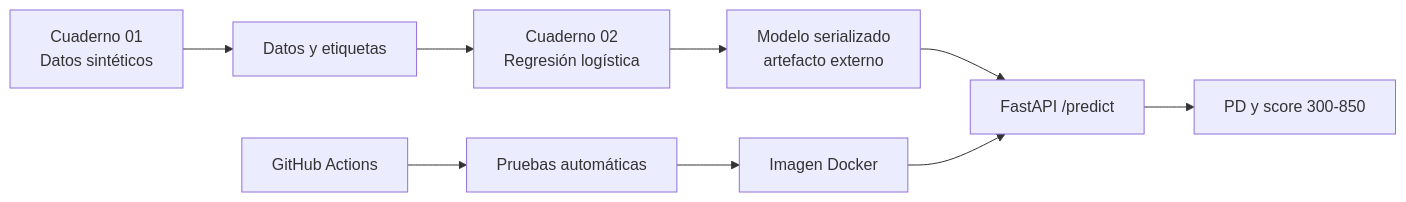
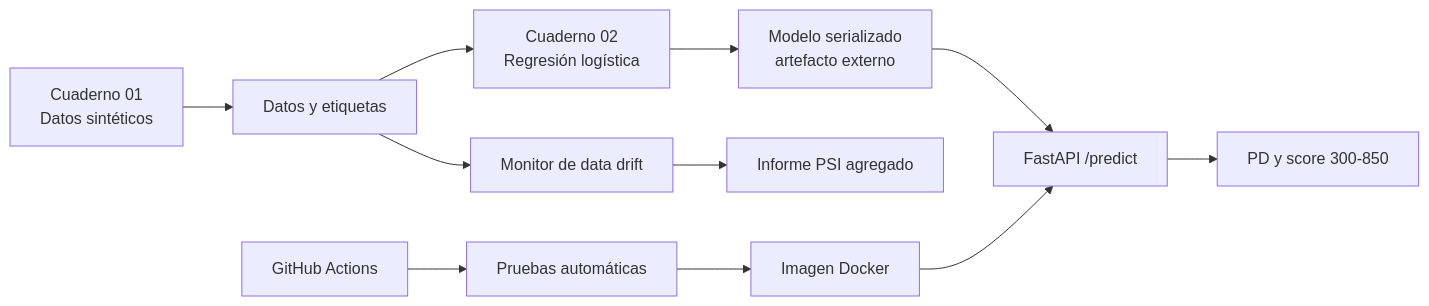
One commit to tech4cuba/bank-risk-scoring-mlops changed the diagram in README.md. Above: the diagram before and after it, drawn with Mermaid. The commit also changed other lines of this file, not shown here.

Commit message:
docs(readme): describe drift monitoring CI and experimental limits

````diff
--- a/README.md
+++ b/README.md
@@ -11,11 +11,13 @@
 ```mermaid
 flowchart LR
   D["Cuaderno 01<br/>Datos sintéticos"] --> F["Datos y etiquetas"]
   F --> M["Cuaderno 02<br/>Regresión logística"]
   M --> A["Modelo serializado<br/>artefacto externo"]
   A --> I["FastAPI /predict"]
   I --> S["PD y score 300-850"]
   T["GitHub Actions"] --> C["Pruebas automáticas"]
   C --> X["Imagen Docker"]
   X --> I
+  F --> DR["Monitor de data drift"]
+  DR --> R["Informe PSI agregado"]
 ```
````
